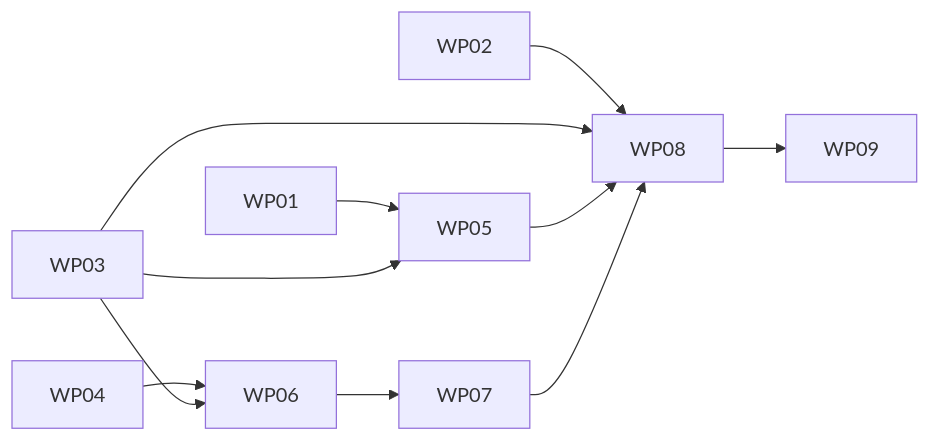
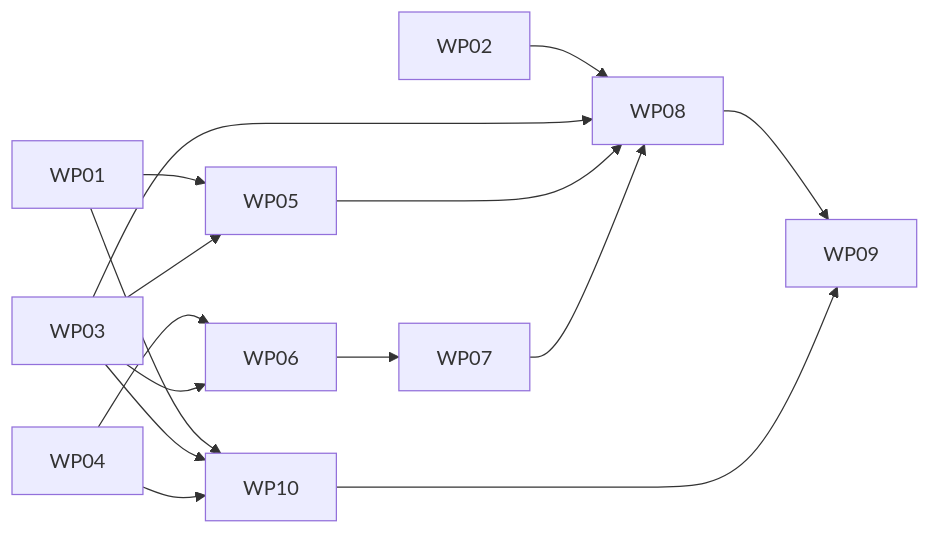
Before and after one commit to spec-kitty/spec-kitty-events: the diagram in kitty-specs/events-write-core-01M6TP6W/tasks.md, drawn with Mermaid. The commit also changed other lines of this file and 12 other files, not shown here.

````diff
--- a/kitty-specs/events-write-core-01M6TP6W/tasks.md
+++ b/kitty-specs/events-write-core-01M6TP6W/tasks.md
@@ -207,11 +220,15 @@
 ```mermaid
 flowchart LR
   WP01 --> WP05
   WP03 --> WP05
   WP04 --> WP06 --> WP07
   WP03 --> WP06
   WP02 --> WP08
   WP03 --> WP08
   WP05 --> WP08
   WP07 --> WP08 --> WP09
+  WP01 --> WP10
+  WP03 --> WP10
+  WP04 --> WP10
+  WP10 --> WP09
 ```
````
